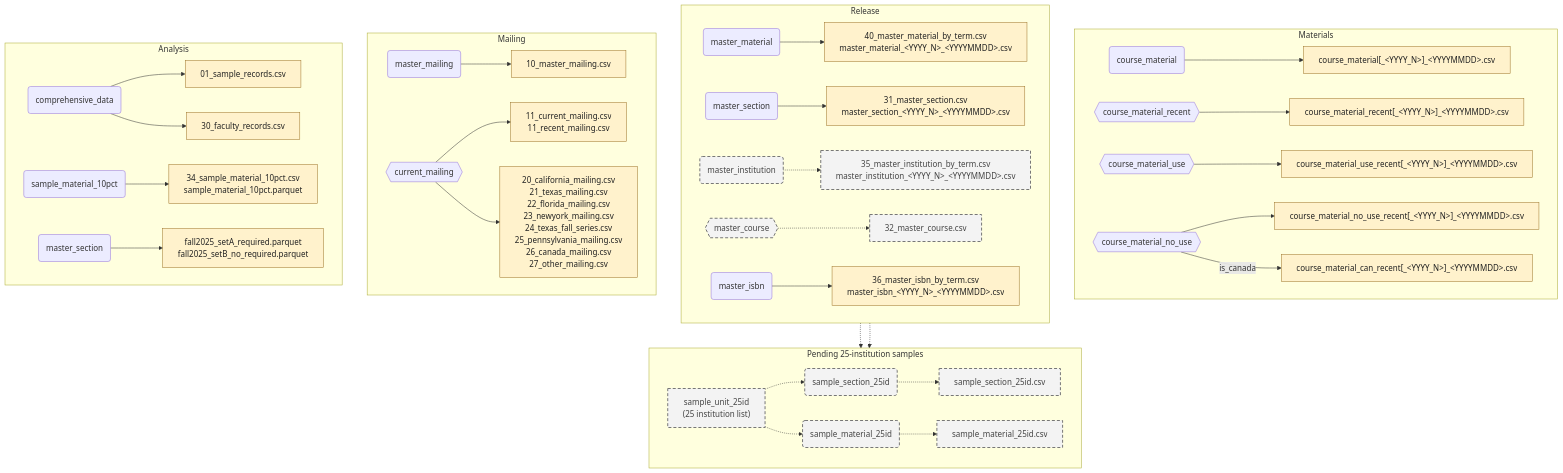
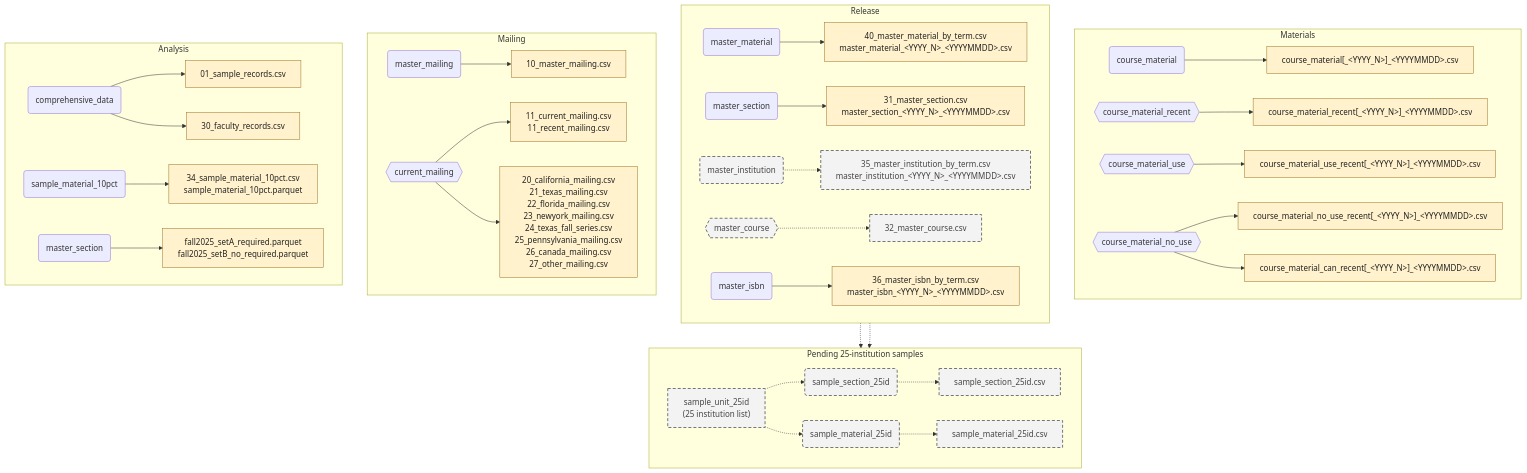
One commit to christopherseaman/commodoreSQL changed the second of 2 diagrams in CMM-DATA-FLOW.md. Above: the diagram before and after it, drawn with Mermaid. The commit also changed other lines of this file and 3 other files, not shown here.

Commit message:
docs: clarify retained grains and table flow

```diff
--- a/CMM-DATA-FLOW.md
+++ b/CMM-DATA-FLOW.md
@@ -148,7 +235,7 @@
         materials_recent --> recent_file
         materials_use --> use_file
         materials_nouse --> nouse_file
-        materials_nouse -->|is_canada| canada_file
+        materials_nouse --> canada_file
     end
 
     subgraph release_exports["Release"]
```
